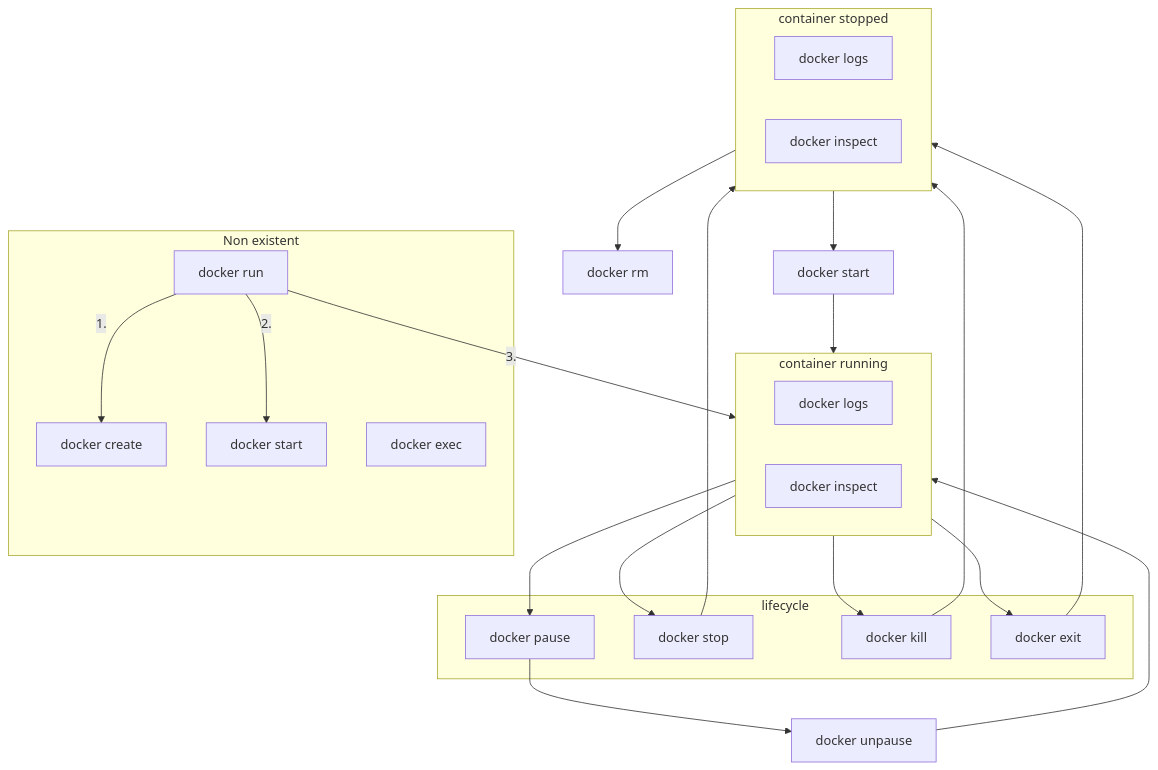
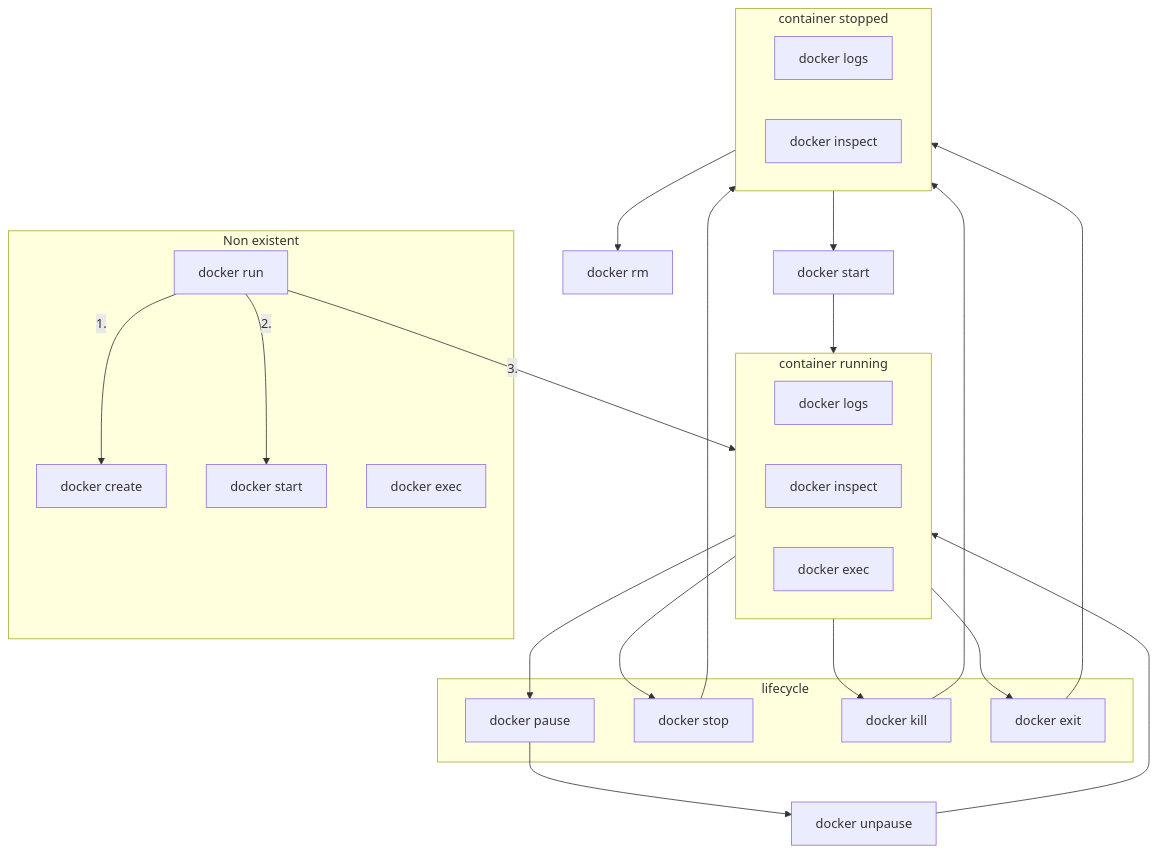
The diagram in preview.mmd (Sophon/BE-Notes), drawn with Mermaid before and after one commit. The commit also changed 2 other files, not shown here.

Commit message:
feat (docker): basic cli

```diff
--- a/preview.mmd
+++ b/preview.mmd
@@ -1,40 +1,41 @@
 graph TD
     subgraph nonexistent["Non existent"]
         run["docker run"]
         create["docker create"]
         start_n["docker start"]
-        exec["docker exec"]
+        exec_n["docker exec"]
     end
 
     subgraph running["container running"]
         logs["docker logs"]
         inspect["docker inspect"]
+        exec["docker exec"]
     end
     
     subgraph stopped["container stopped"]
         logs_s["docker logs"]
         inspect_s["docker inspect"]
     end
 
     subgraph lifecycle
         pause["docker pause"]
         stop["docker stop"]
         kill["docker kill"]
         exit["docker exit"]
     end
 
     unpause["docker unpause"]
     start["docker start"]
     rm["docker rm"]
 
     run -->|"1."| create
     run -->|"2."| start_n
     run -->|"3."| running
 
     running --> pause --> unpause --> running
     running --> stop --> stopped
     running --> kill --> stopped
     running --> exit --> stopped
 
     stopped --> start --> running
     stopped --> rm
```
